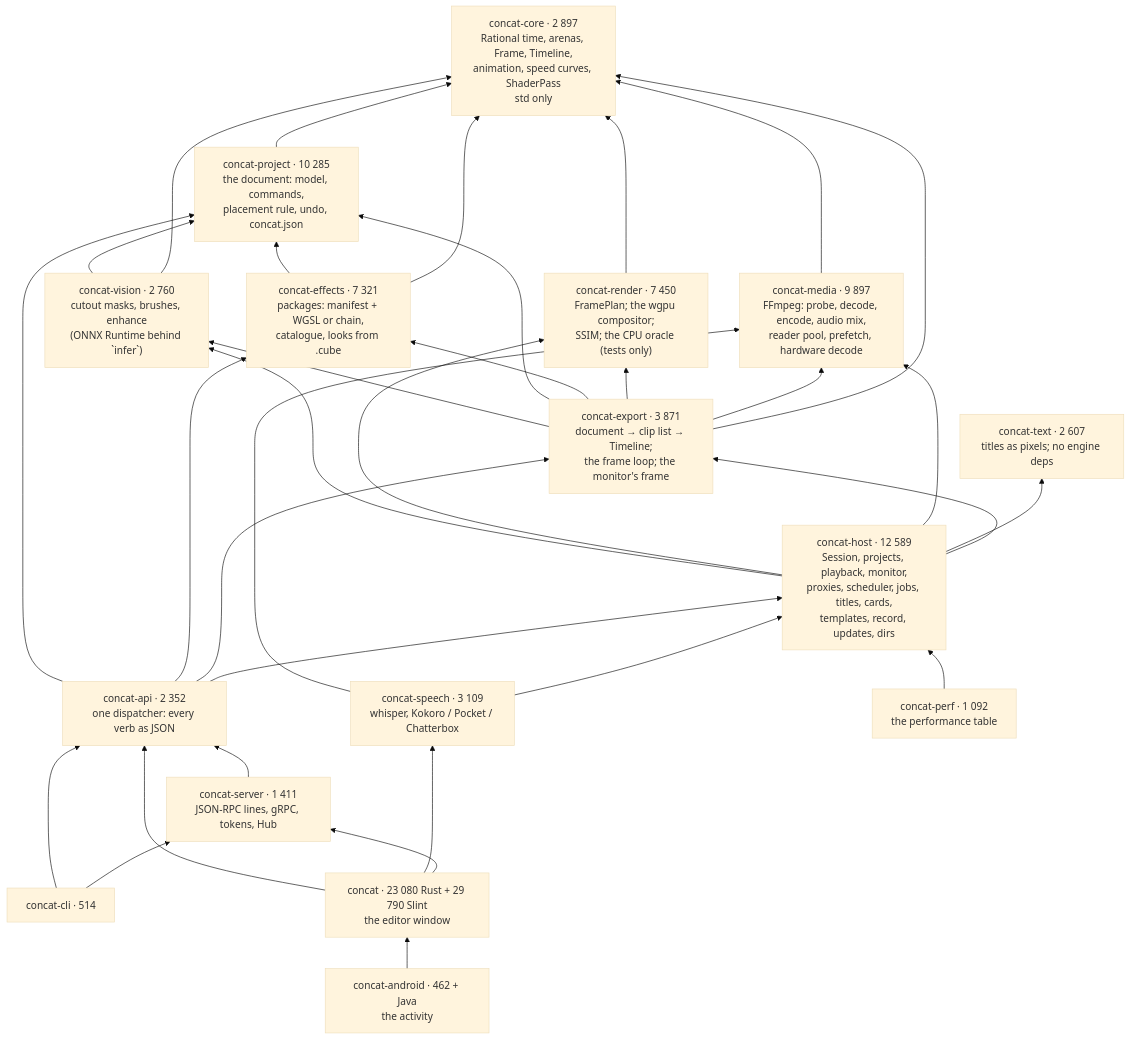
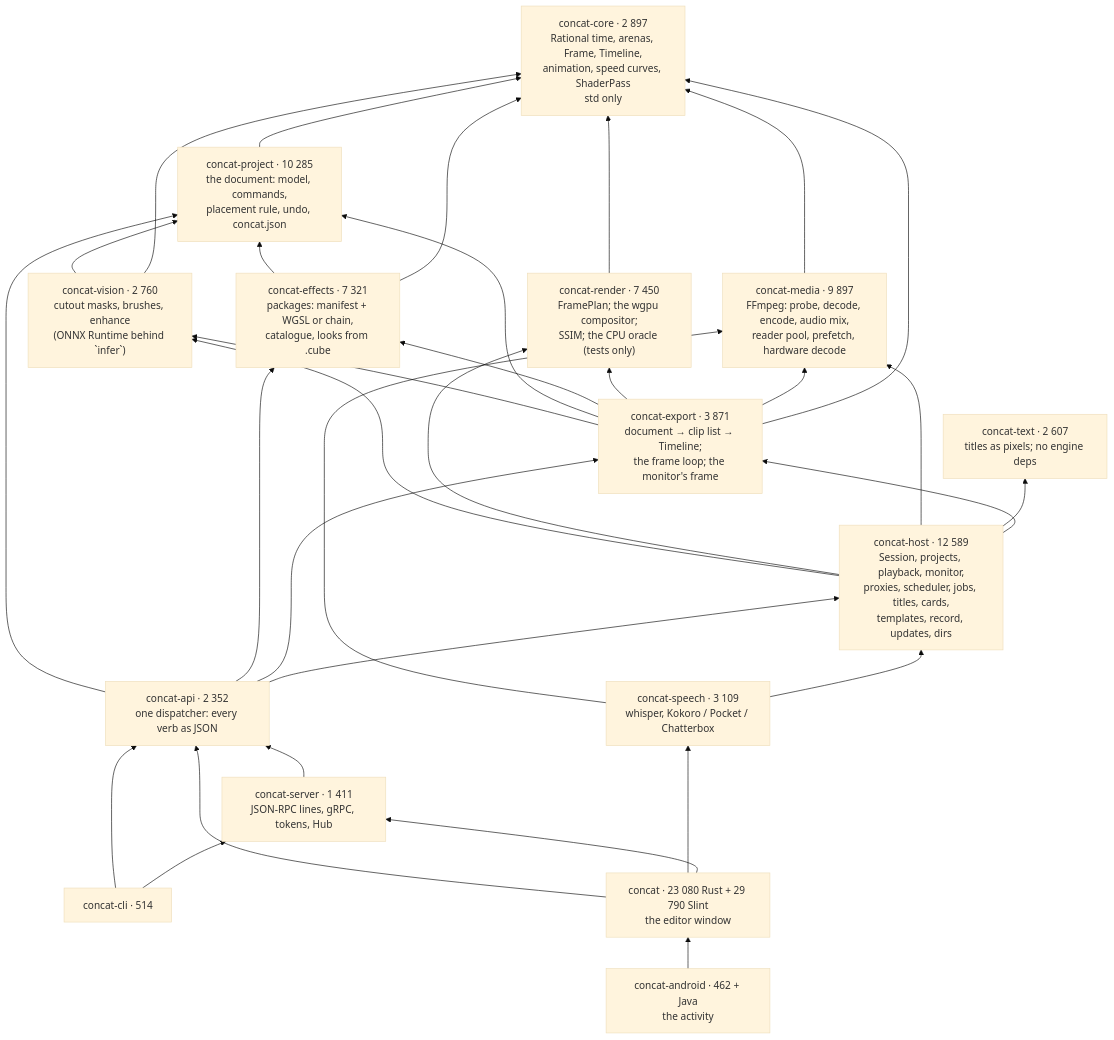
One commit to jub0t/Concat changed the first of 12 diagrams in ARCHITECTURE.md. Above: the diagram before and after it, drawn with Mermaid (base theme). The commit also changed other lines of this file and 5 other files, not shown here.

First line of the commit message:
chore: remove concat-perf

````diff
--- a/ARCHITECTURE.md
+++ b/ARCHITECTURE.md
@@ -41,52 +41,50 @@
 ```mermaid
 graph BT
     core["concat-core · 2 897<br/>Rational time, arenas, Frame, Timeline,<br/>animation, speed curves, ShaderPass<br/>std only"]
     project["concat-project · 10 285<br/>the document: model, commands,<br/>placement rule, undo, concat.json"]
     media["concat-media · 9 897<br/>FFmpeg: probe, decode, encode, audio mix,<br/>reader pool, prefetch, hardware decode"]
     render["concat-render · 7 450<br/>FramePlan; the wgpu compositor;<br/>SSIM; the CPU oracle (tests only)"]
     effects["concat-effects · 7 321<br/>packages: manifest + WGSL or chain,<br/>catalogue, looks from .cube"]
     vision["concat-vision · 2 760<br/>cutout masks, brushes, enhance<br/>(ONNX Runtime behind `infer`)"]
     text["concat-text · 2 607<br/>titles as pixels; no engine deps"]
     export["concat-export · 3 871<br/>document → clip list → Timeline;<br/>the frame loop; the monitor's frame"]
     host["concat-host · 12 589<br/>Session, projects, playback, monitor,<br/>proxies, scheduler, jobs, titles, cards,<br/>templates, record, updates, dirs"]
     speech["concat-speech · 3 109<br/>whisper, Kokoro / Pocket / Chatterbox"]
     api["concat-api · 2 352<br/>one dispatcher: every verb as JSON"]
     server["concat-server · 1 411<br/>JSON-RPC lines, gRPC, tokens, Hub"]
     cli["concat-cli · 514"]
     window["concat · 23 080 Rust + 29 790 Slint<br/>the editor window"]
     android["concat-android · 462 + Java<br/>the activity"]
-    perf["concat-perf · 1 092<br/>the performance table"]
 
     project --> core
     media --> core
     render --> core
     effects --> core
     effects --> project
     vision --> core
     vision --> project
     export --> core
     export --> media
     export --> render
     export --> effects
     export --> project
     export --> vision
     host --> export
     host --> text
     host --> media
     host --> render
     host --> vision
     speech --> host
     speech --> media
     api --> host
     api --> export
     api --> effects
     api --> project
     server --> api
     cli --> server
     cli --> api
     window --> server
     window --> speech
     window --> api
     android --> window
-    perf --> host
 ```
````
